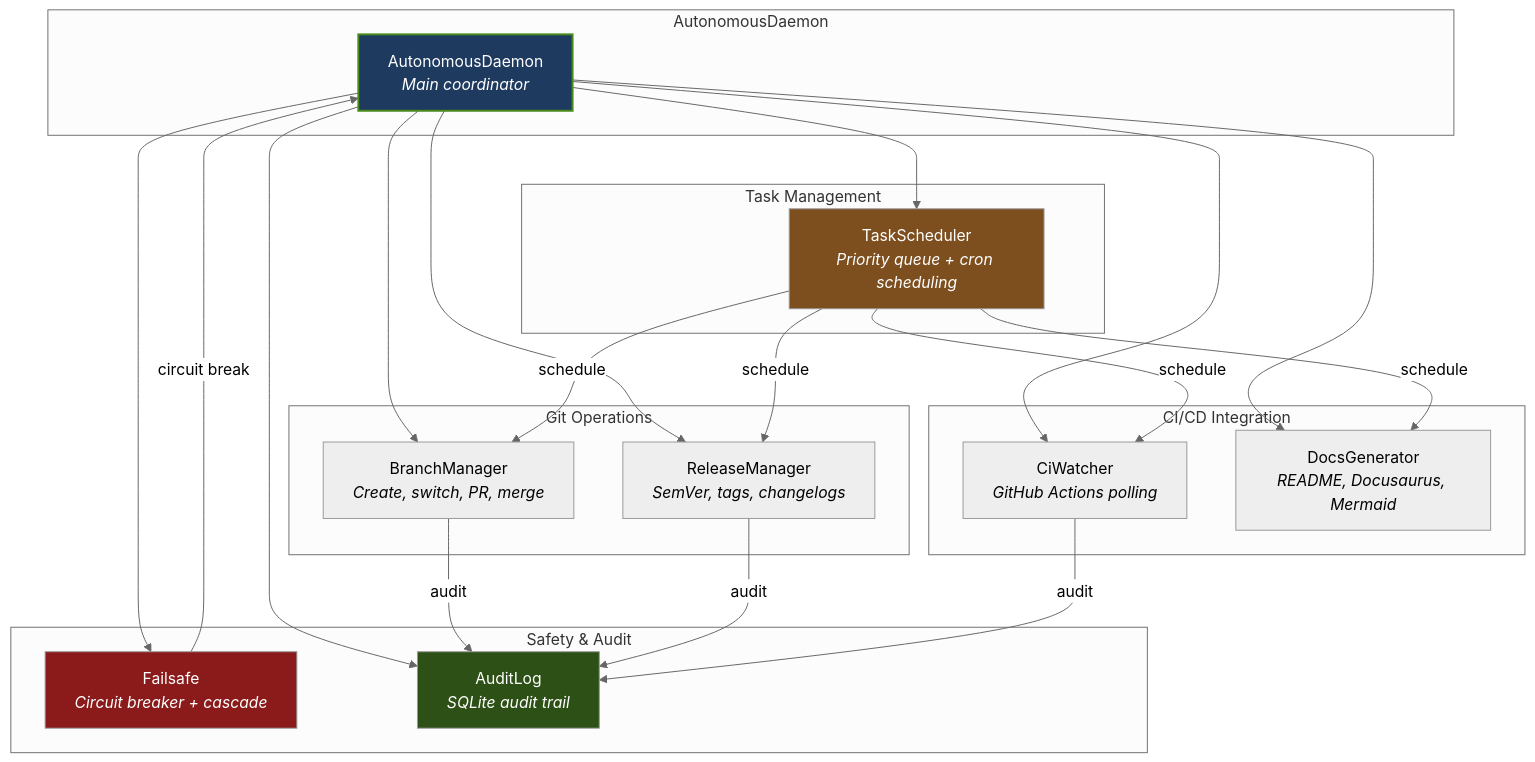
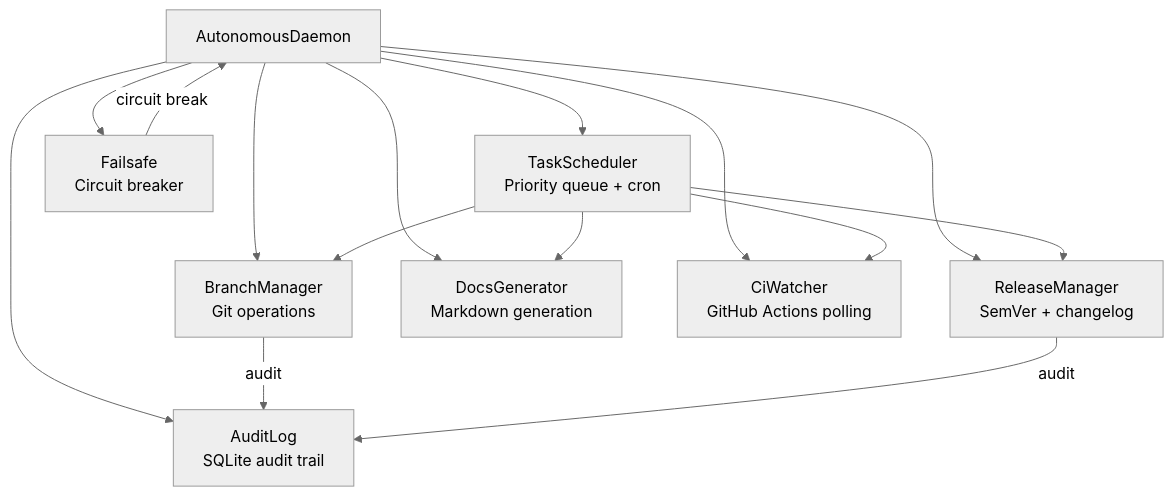
Before and after one commit to Ghenghis/Super-Goose: the seventh of 10 diagrams in docs/ARCHITECTURE.md, drawn with Mermaid (neutral theme). The commit also changed other lines of this file and 317 other files, not shown here.

````diff
--- a/docs/ARCHITECTURE.md
+++ b/docs/ARCHITECTURE.md
@@ -682,49 +427,21 @@
 ```mermaid
 graph TD
-    subgraph "AutonomousDaemon"
-        AD["AutonomousDaemon<br/><i>Main coordinator</i>"]
-    end
+    AD["AutonomousDaemon"]
 
-    subgraph "Task Management"
-        TS["TaskScheduler<br/><i>Priority queue + cron scheduling</i>"]
-    end
+    AD --> TS["TaskScheduler<br/>Priority queue + cron"]
+    AD --> BM["BranchManager<br/>Git operations"]
+    AD --> RM["ReleaseManager<br/>SemVer + changelog"]
+    AD --> DG["DocsGenerator<br/>Markdown generation"]
+    AD --> CW["CiWatcher<br/>GitHub Actions polling"]
+    AD --> FS["Failsafe<br/>Circuit breaker"]
+    AD --> AL["AuditLog<br/>SQLite audit trail"]
 
-    subgraph "Git Operations"
-        BM["BranchManager<br/><i>Create, switch, PR, merge</i>"]
-        RM["ReleaseManager<br/><i>SemVer, tags, changelogs</i>"]
-    end
+    TS --> BM
+    TS --> RM
+    TS --> CW
+    TS --> DG
 
-    subgraph "CI/CD Integration"
-        CW["CiWatcher<br/><i>GitHub Actions polling</i>"]
-        DG["DocsGenerator<br/><i>README, Docusaurus, Mermaid</i>"]
-    end
-
-    subgraph "Safety & Audit"
-        FS["Failsafe<br/><i>Circuit breaker + cascade</i>"]
-        AL["AuditLog<br/><i>SQLite audit trail</i>"]
-    end
-
-    AD --> TS
-    AD --> BM
-    AD --> RM
-    AD --> CW
-    AD --> DG
-    AD --> FS
-    AD --> AL
-
-    TS -->|"schedule"| BM
-    TS -->|"schedule"| RM
-    TS -->|"schedule"| CW
-    TS -->|"schedule"| DG
-
+    FS -->|"circuit break"| AD
     BM -->|"audit"| AL
     RM -->|"audit"| AL
-    CW -->|"audit"| AL
-
-    FS -->|"circuit break"| AD
-
-    style AD fill:#1e3a5f,color:#fff,stroke:#4a8c1c,stroke-width:2px
-    style TS fill:#7d4e1e,color:#fff
-    style FS fill:#8b1a1a,color:#fff
-    style AL fill:#2d5016,color:#fff
 ```
````
